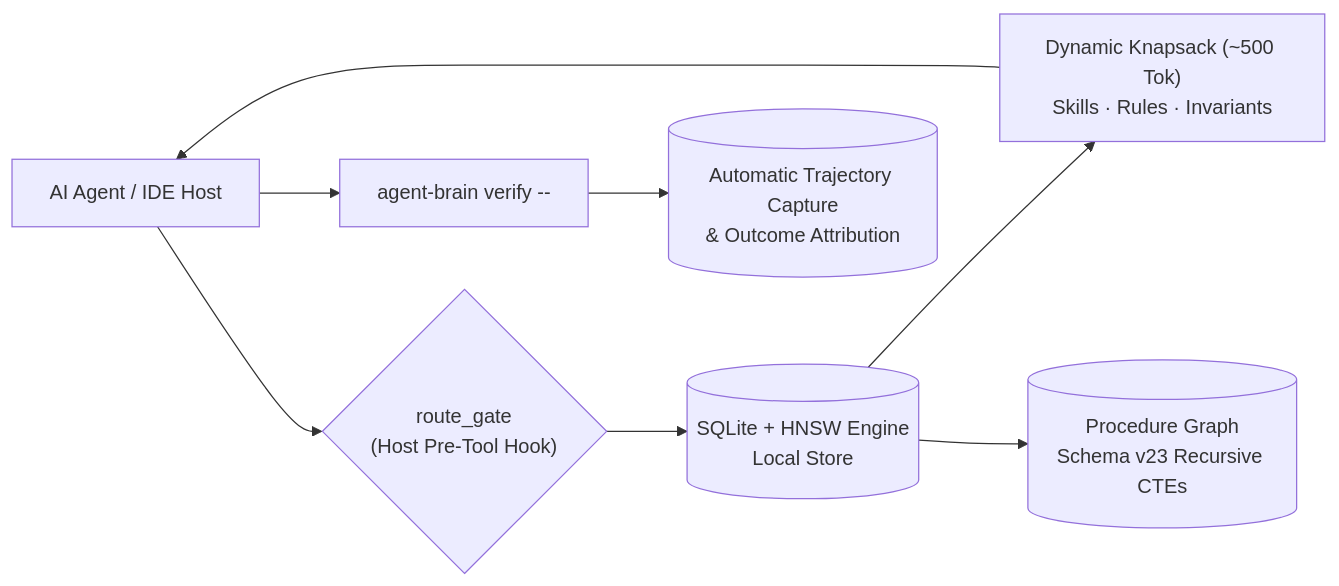
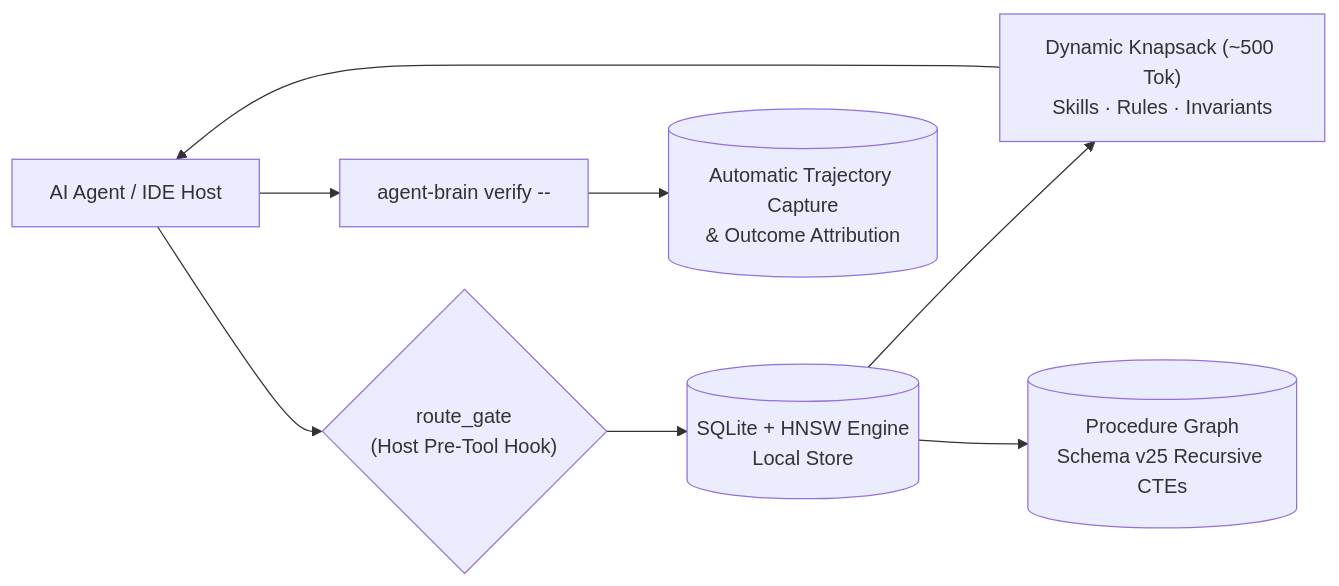
Before and after one commit to autonomic-ai-dev/agent-brain: the diagram in README.md, drawn with Mermaid. The commit also changed other lines of this file and 5 other files, not shown here.

````diff
--- a/README.md
+++ b/README.md
@@ -16,10 +16,10 @@
 ```mermaid
 flowchart LR
     Host["AI Agent / IDE Host"] --> Gate{"route_gate<br/>(Host Pre-Tool Hook)"}
     Gate --> Engine[("SQLite + HNSW Engine<br/>Local Store")]
     Engine --> Context["Dynamic Knapsack (~500 Tok)<br/>Skills · Rules · Invariants"]
-    Engine --> Graph[("Procedure Graph<br/>Schema v23 Recursive CTEs")]
+    Engine --> Graph[("Procedure Graph<br/>Schema v25 Recursive CTEs")]
     Context --> Host
     Host --> Verify["agent-brain verify -- <cmd>"]
     Verify --> Trajectory[("Automatic Trajectory Capture<br/>& Outcome Attribution")]
 ```
````
